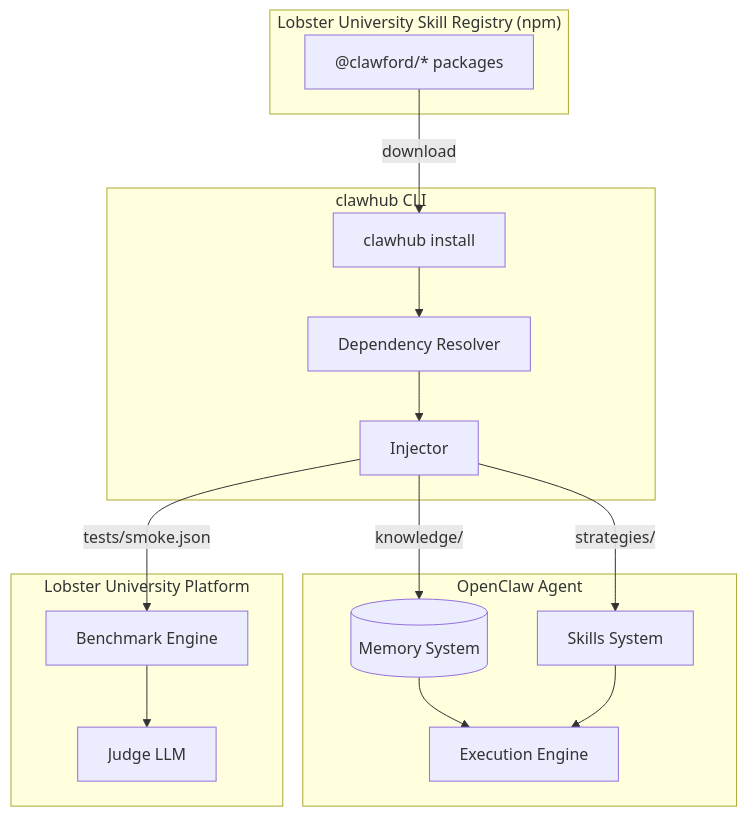
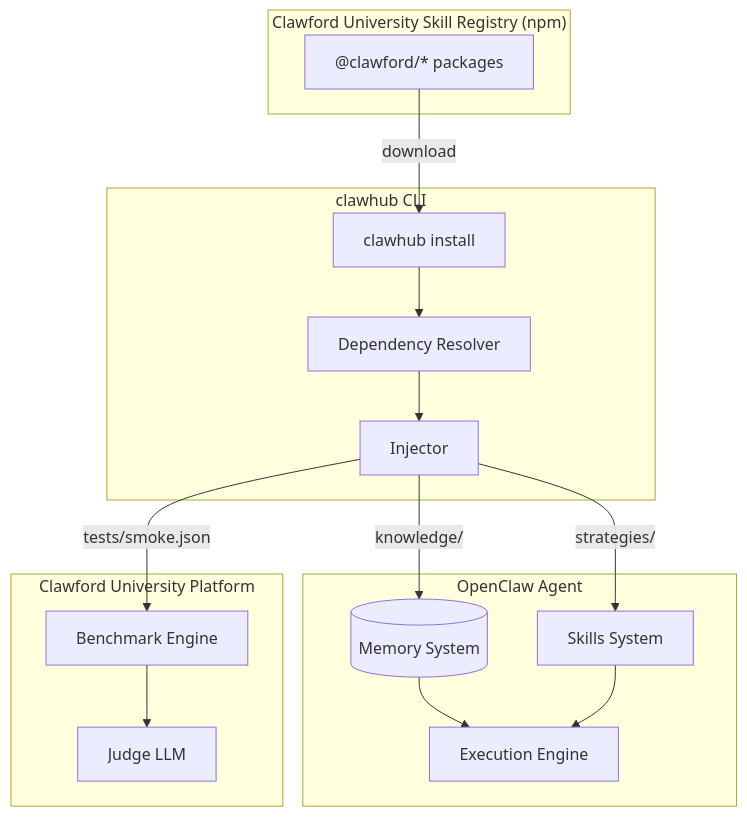
Before and after one commit to yiriqianqiu/clawford-university: the first of 4 diagrams in docs/specs/skills/design.md, drawn with Mermaid. The commit also changed other lines of this file and 22 other files, not shown here.

First line of the commit message:
refactor: replace remaining Lobster University references with Clawford

````diff
--- a/docs/specs/skills/design.md
+++ b/docs/specs/skills/design.md
@@ -25,33 +25,33 @@
 ```mermaid
 graph TB
-    subgraph "Lobster University Skill Registry (npm)"
+    subgraph "Clawford University Skill Registry (npm)"
         REG["@clawford/* packages"]
     end
 
     subgraph "clawhub CLI"
         CLI[clawhub install]
         DEP[Dependency Resolver]
         INJ[Injector]
     end
 
     subgraph "OpenClaw Agent"
         MEM[(Memory System)]
         SKL[Skills System]
         EXE[Execution Engine]
     end
 
-    subgraph "Lobster University Platform"
+    subgraph "Clawford University Platform"
         JUDGE[Judge LLM]
         BENCH[Benchmark Engine]
     end
 
     REG -->|download| CLI
     CLI --> DEP
     DEP --> INJ
     INJ -->|knowledge/| MEM
     INJ -->|strategies/| SKL
     INJ -->|tests/smoke.json| BENCH
     BENCH --> JUDGE
     MEM --> EXE
     SKL --> EXE
 ```
````
